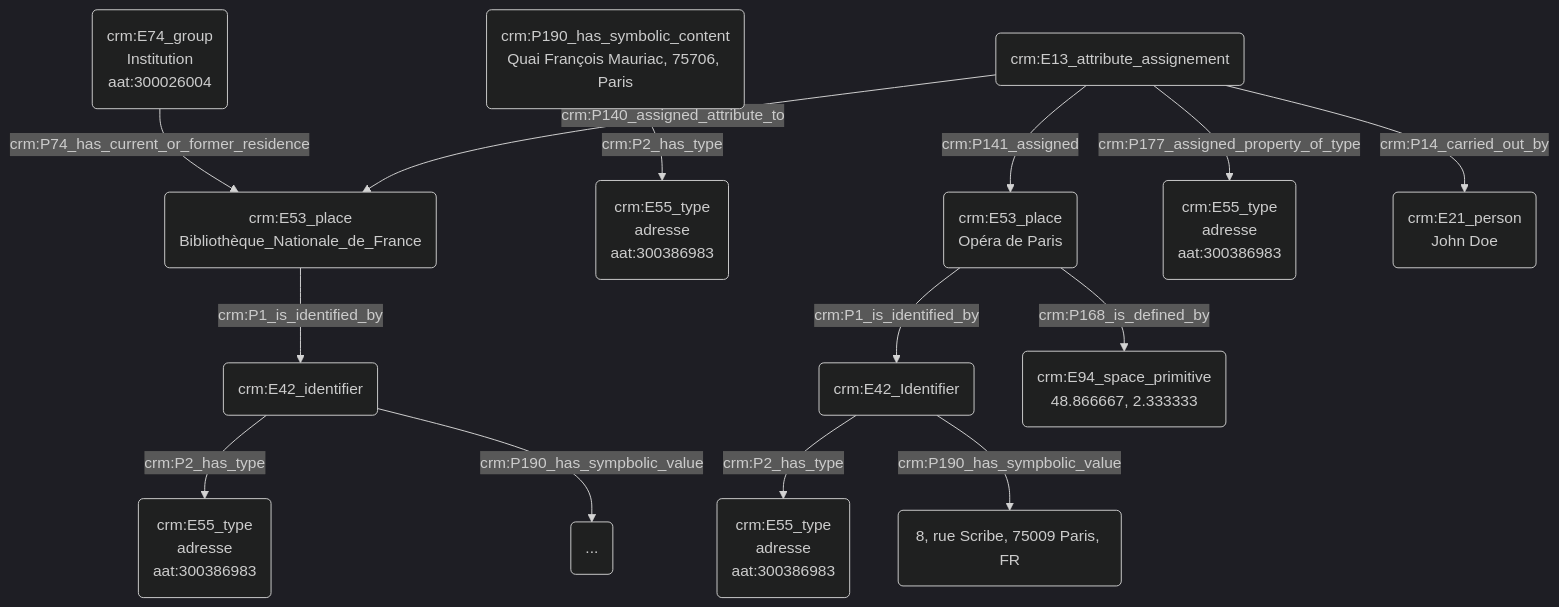
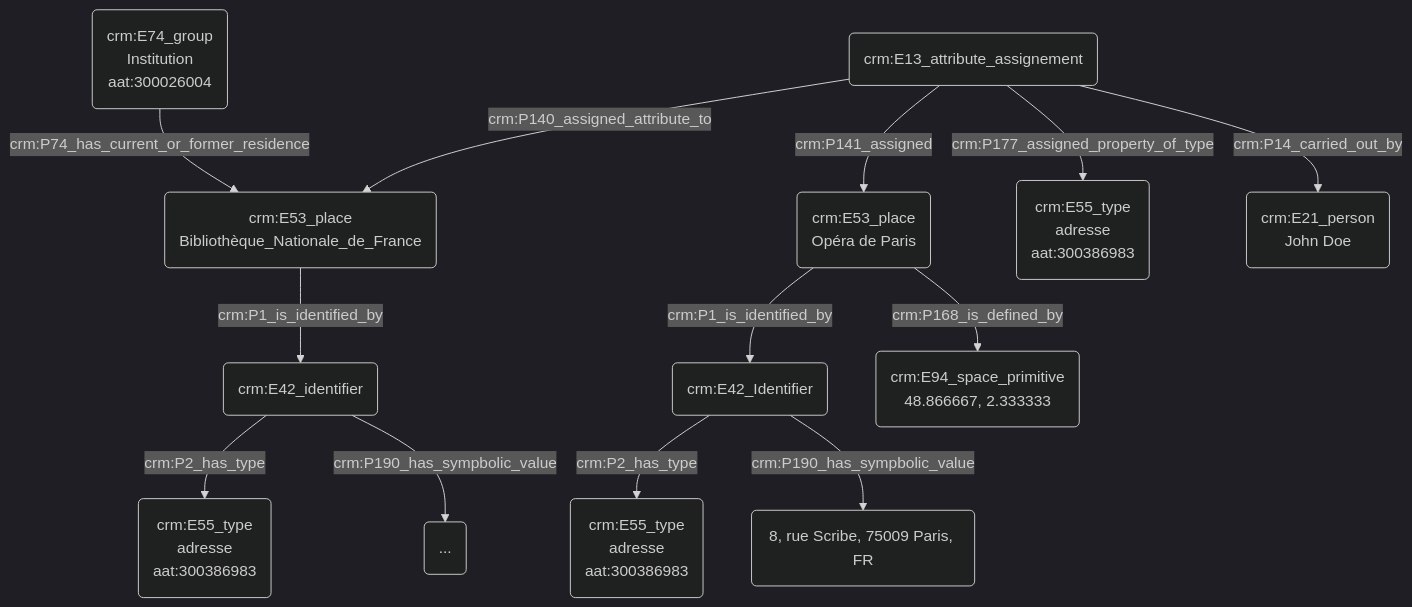
The diagram in modules/livrables/Dossier 2/Indexation conceptuelle/indexation_d_un_lieu.md (Amleth/consortium-musica2-gt2-ontologies), drawn with Mermaid (dark theme) before and after one commit.

````diff
--- a/modules/livrables/Dossier 2/Indexation conceptuelle/indexation_d_un_lieu.md
+++ b/modules/livrables/Dossier 2/Indexation conceptuelle/indexation_d_un_lieu.md
@@ -17,25 +17,25 @@
 ```mermaid
 graph TD;
 
 A(crm:E53_place<br>Bibliothèque_Nationale_de_France) --> |crm:P1_is_identified_by| B(crm:E42_identifier)
 B(crm:E42_identifier) --> |crm:P2_has_type| X(crm:E55_type<br>adresse<br>aat:300386983)
 B(crm:E42_identifier) --> |crm:P190_has_sympbolic_value| Y(...)
 
 C(crm:E74_group<br>Institution<br>aat:300026004) --> |crm:P74_has_current_or_former_residence| A(crm:E53_place<br>Bibliothèque_Nationale_de_France)
-D(crm:P190_has_symbolic_content<br>Quai François Mauriac, 75706, Paris) --> |crm:P2_has_type| E(crm:E55_type<br>adresse<br>aat:300386983)
+
 
 H(crm:E13_attribute_assignement) --> |crm:P140_assigned_attribute_to| A(crm:E53_place<br>Bibliothèque_Nationale_de_France) 
 H(crm:E13_attribute_assignement) --> |crm:P141_assigned| I(crm:E53_place<br>Opéra de Paris)
 
 I(crm:E53_place<br>Bibliothèque Nationale de France) --> |crm:P1_is_identified_by| S(crm:E42_Identifier<br>Quai François Mauriac, 75706 Paris)
 I(crm:E53_place<br>Opéra de Paris) --> |crm:P168_is_defined_by| G(crm:E94_space_primitive
 48.866667, 2.333333)
 S(crm:E42_Identifier) --> |crm:P2_has_type| T(crm:E55_type<br>adresse<br>aat:300386983)
 S(crm:E42_Identifier) --> |crm:P190_has_sympbolic_value| U(8, rue Scribe, 75009 Paris, FR)
 
 
 H(crm:E13_attribute_assignement) --> |crm:P177_assigned_property_of_type| K(crm:E55_type<br>adresse<br>aat:300386983)
 H(crm:E13_attribute_assignement) --> |crm:P14_carried_out_by| J(crm:E21_person<br>John Doe)
 
 
 ```
````
